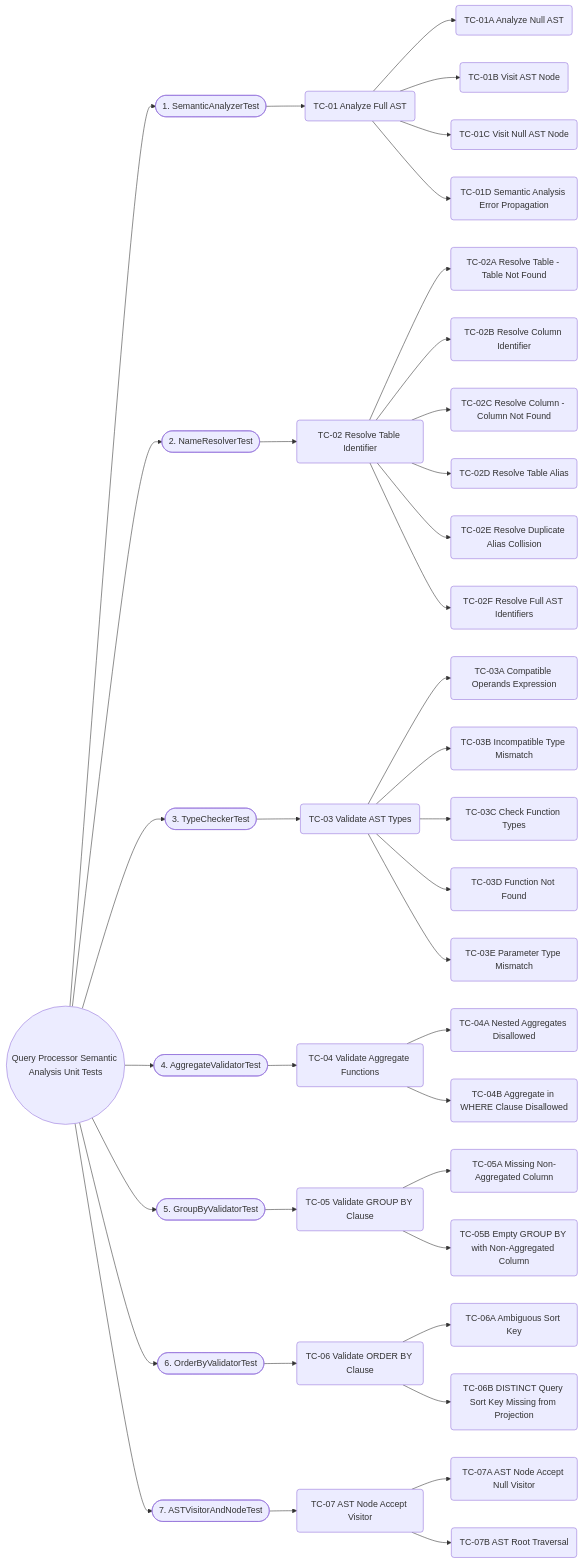
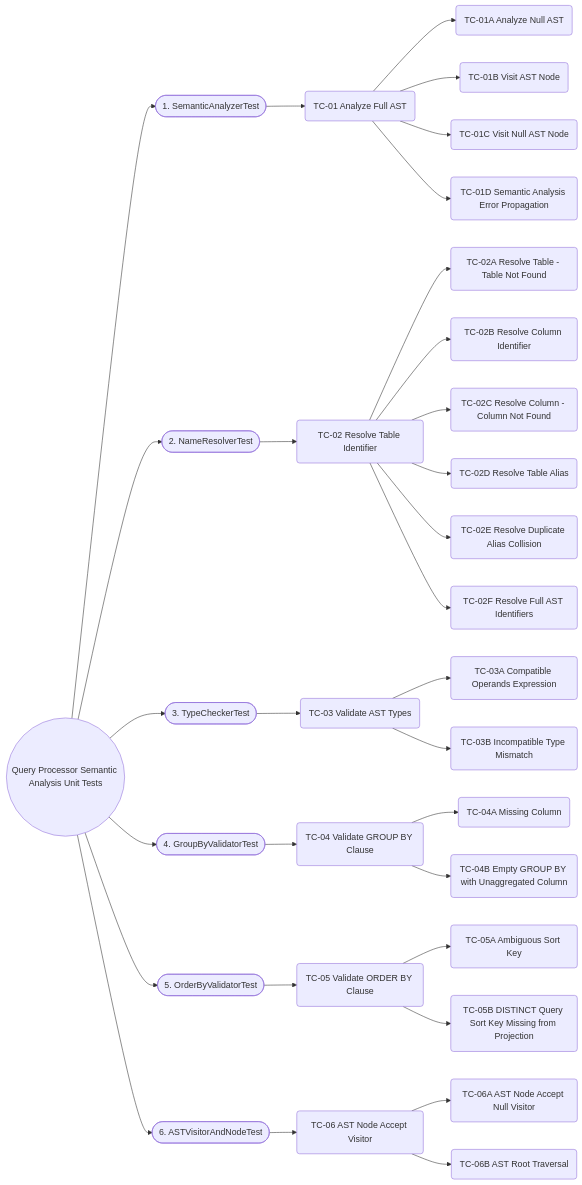
One commit to Dikhang1112/Database_Management_BBV changed the diagram in docs/unit_test/query_prossor/MindmapTest.md. Above: the diagram before and after it, drawn with Mermaid. The commit also changed other lines of this file and 16 other files, not shown here.

````diff
--- a/docs/unit_test/query_prossor/MindmapTest.md
+++ b/docs/unit_test/query_prossor/MindmapTest.md
@@ -13,10 +13,9 @@
     Cat1(["1. SemanticAnalyzerTest"])
     Cat2(["2. NameResolverTest"])
     Cat3(["3. TypeCheckerTest"])
-    Cat4(["4. AggregateValidatorTest"])
-    Cat5(["5. GroupByValidatorTest"])
-    Cat6(["6. OrderByValidatorTest"])
-    Cat7(["7. ASTVisitorAndNodeTest"])
+    Cat4(["4. GroupByValidatorTest"])
+    Cat5(["5. OrderByValidatorTest"])
+    Cat6(["6. ASTVisitorAndNodeTest"])
 
     Root --> Cat1
     Root --> Cat2
@@ -24,7 +23,6 @@
     Root --> Cat4
     Root --> Cat5
     Root --> Cat6
-    Root --> Cat7
 
     %% =====================================================
     %% 1. SemanticAnalyzerTest (Main Orchestrator & Visitor)
@@ -49,45 +47,34 @@
     TC02 --> TC02F("TC-02F Resolve Full AST Identifiers")
 
     %% =====================================================
-    %% 3. TypeCheckerTest (Expression & Function Type Checking)
+    %% 3. TypeCheckerTest (Expression Type Checking)
     %% =====================================================
 
     Cat3 --> TC03("TC-03 Validate AST Types")
     TC03 --> TC03A("TC-03A Compatible Operands Expression")
     TC03 --> TC03B("TC-03B Incompatible Type Mismatch")
-    TC03 --> TC03C("TC-03C Check Function Types")
-    TC03 --> TC03D("TC-03D Function Not Found")
-    TC03 --> TC03E("TC-03E Parameter Type Mismatch")
 
     %% =====================================================
-    %% 4. AggregateValidatorTest (Aggregate Function Validation)
+    %% 4. GroupByValidatorTest (GROUP BY Clause Validation)
     %% =====================================================
 
-    Cat4 --> TC04("TC-04 Validate Aggregate Functions")
-    TC04 --> TC04A("TC-04A Nested Aggregates Disallowed")
-    TC04 --> TC04B("TC-04B Aggregate in WHERE Clause Disallowed")
+    Cat4 --> TC04("TC-04 Validate GROUP BY Clause")
+    TC04 --> TC04A("TC-04A Missing Column")
+    TC04 --> TC04B("TC-04B Empty GROUP BY with Unaggregated Column")
 
     %% =====================================================
-    %% 5. GroupByValidatorTest (GROUP BY Clause Validation)
+    %% 5. OrderByValidatorTest (ORDER BY Clause Validation)
     %% =====================================================
 
-    Cat5 --> TC05("TC-05 Validate GROUP BY Clause")
-    TC05 --> TC05A("TC-05A Missing Non-Aggregated Column")
-    TC05 --> TC05B("TC-05B Empty GROUP BY with Non-Aggregated Column")
+    Cat5 --> TC05("TC-05 Validate ORDER BY Clause")
+    TC05 --> TC05A("TC-05A Ambiguous Sort Key")
+    TC05 --> TC05B("TC-05B DISTINCT Query Sort Key Missing from Projection")
 
     %% =====================================================
-    %% 6. OrderByValidatorTest (ORDER BY Clause Validation)
+    %% 6. ASTVisitorAndNodeTest (Visitor Double Dispatch & AST)
     %% =====================================================
 
-    Cat6 --> TC06("TC-06 Validate ORDER BY Clause")
-    TC06 --> TC06A("TC-06A Ambiguous Sort Key")
-    TC06 --> TC06B("TC-06B DISTINCT Query Sort Key Missing from Projection")
-
-    %% =====================================================
-    %% 7. ASTVisitorAndNodeTest (Visitor Double Dispatch & AST)
-    %% =====================================================
-
-    Cat7 --> TC07("TC-07 AST Node Accept Visitor")
-    TC07 --> TC07A("TC-07A AST Node Accept Null Visitor")
-    TC07 --> TC07B("TC-07B AST Root Traversal")
+    Cat6 --> TC06("TC-06 AST Node Accept Visitor")
+    TC06 --> TC06A("TC-06A AST Node Accept Null Visitor")
+    TC06 --> TC06B("TC-06B AST Root Traversal")
 ```
````
